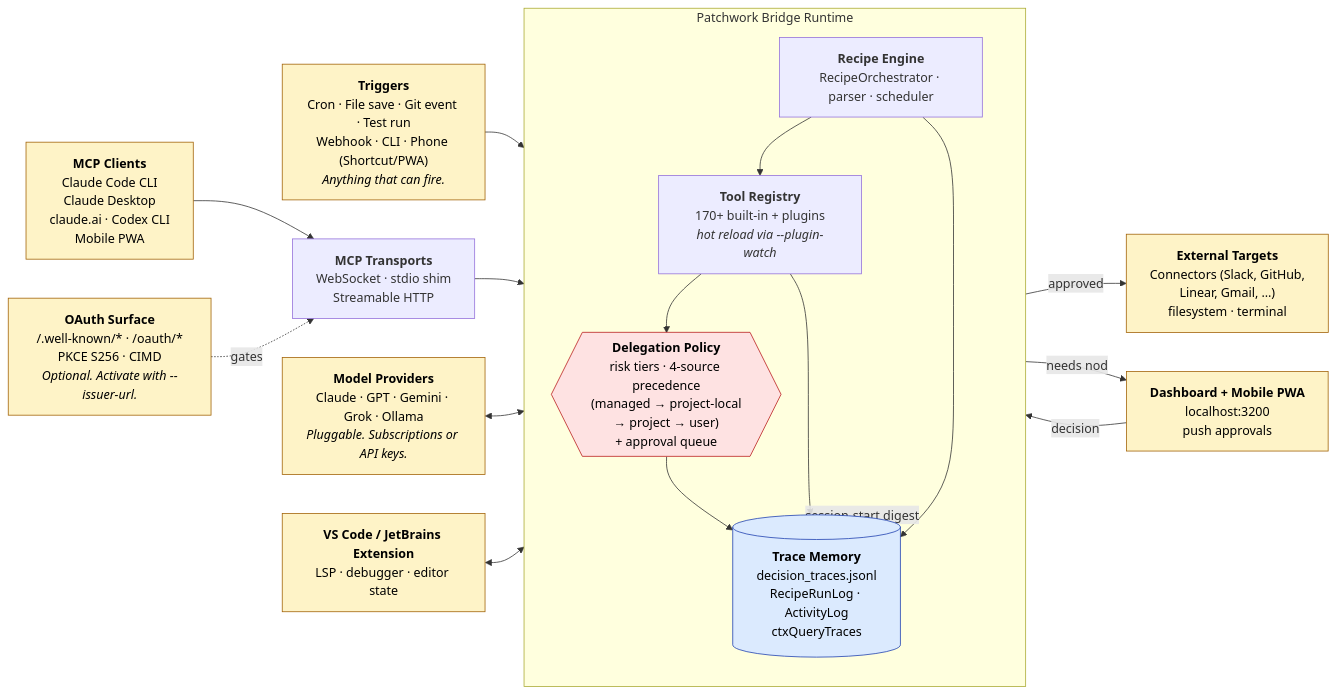
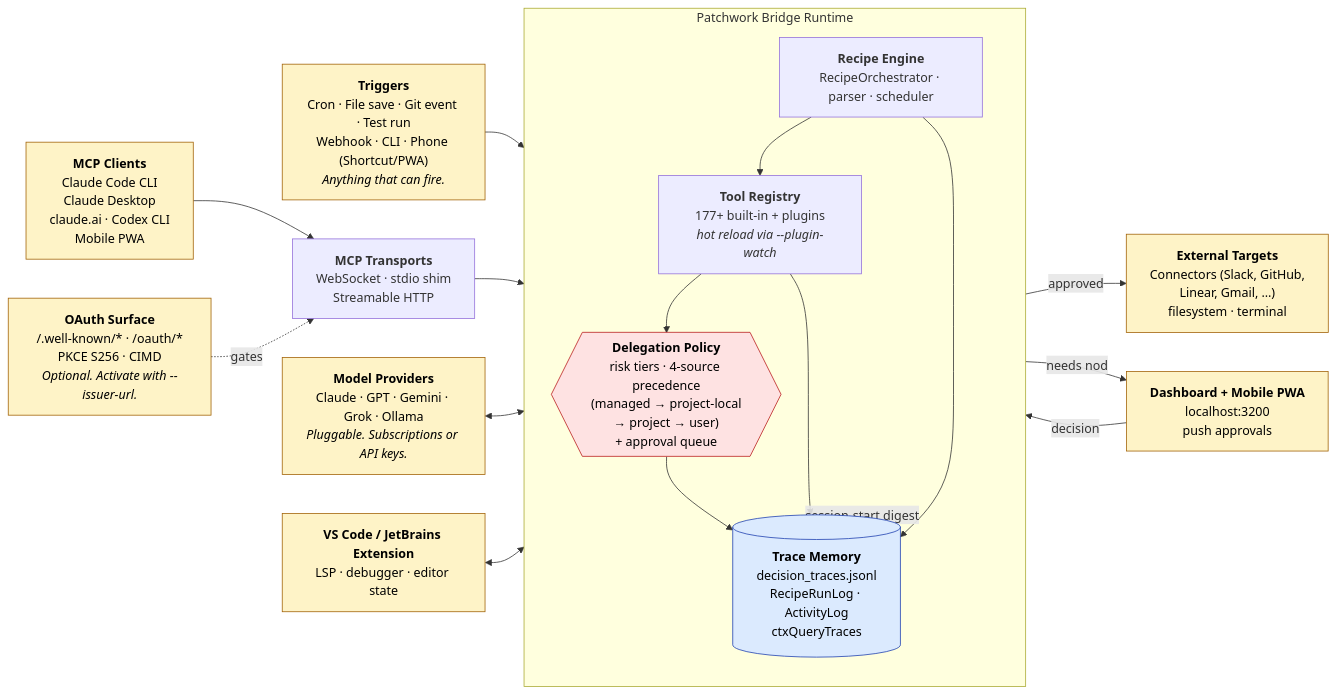
One commit to Oolab-labs/patchwork-os changed the first of 2 diagrams in documents/architecture.md. Above: the diagram before and after it, drawn with Mermaid. The commit also changed other lines of this file and 31 other files, not shown here.

````diff
--- a/documents/architecture.md
+++ b/documents/architecture.md
@@ -7,59 +7,59 @@
 ```mermaid
 flowchart LR
     %% External left side
     Models["<b>Model Providers</b><br/>Claude · GPT · Gemini · Grok · Ollama<br/><i>Pluggable. Subscriptions or API keys.</i>"]
     Triggers["<b>Triggers</b><br/>Cron · File save · Git event · Test run<br/>Webhook · CLI · Phone (Shortcut/PWA)<br/><i>Anything that can fire.</i>"]
     Extension["<b>VS Code / JetBrains Extension</b><br/>LSP · debugger · editor state"]
 
     %% MCP clients
     MCPClients["<b>MCP Clients</b><br/>Claude Code CLI<br/>Claude Desktop<br/>claude.ai · Codex CLI<br/>Mobile PWA"]
 
     %% Bridge runtime — the heart
     subgraph Bridge["Patchwork Bridge Runtime"]
         direction TB
-        ToolRegistry["<b>Tool Registry</b><br/>170+ built-in + plugins<br/><i>hot reload via --plugin-watch</i>"]
+        ToolRegistry["<b>Tool Registry</b><br/>177+ built-in + plugins<br/><i>hot reload via --plugin-watch</i>"]
         RecipeEngine["<b>Recipe Engine</b><br/>RecipeOrchestrator · parser · scheduler"]
         Policy{{"<b>Delegation Policy</b><br/>risk tiers · 4-source precedence<br/>(managed → project-local<br/>→ project → user)<br/>+ approval queue"}}
         Trace[("<b>Trace Memory</b><br/>decision_traces.jsonl<br/>RecipeRunLog · ActivityLog<br/>ctxQueryTraces")]
     end
 
     %% Right side
     Transports["<b>MCP Transports</b><br/>WebSocket · stdio shim<br/>Streamable HTTP"]
     OAuth["<b>OAuth Surface</b><br/>/.well-known/* · /oauth/*<br/>PKCE S256 · CIMD<br/><i>Optional. Activate with --issuer-url.</i>"]
     Dashboard["<b>Dashboard + Mobile PWA</b><br/>localhost:3200<br/>push approvals"]
     External["<b>External Targets</b><br/>Connectors (Slack, GitHub,<br/>Linear, Gmail, …)<br/>filesystem · terminal"]
 
     %% Inputs
     Triggers --> RecipeEngine
     MCPClients --> Transports
     Transports --> Bridge
     OAuth -. gates .-> Transports
 
     %% LLM round-trips
     Models <--> Bridge
 
     %% Tool dispatch — every outbound call passes through the policy gate
     RecipeEngine --> ToolRegistry
     ToolRegistry --> Policy
     Policy -- approved --> External
     Policy -- needs nod --> Dashboard
     Dashboard -- decision --> Policy
 
     %% Trace writes
     ToolRegistry --> Trace
     Policy --> Trace
     RecipeEngine --> Trace
 
     %% Trace reads
     Trace -. session-start digest .-> Bridge
 
     %% Extension
     Extension <--> Bridge
 
     classDef external fill:#fef3c7,stroke:#a16207,color:#000
     classDef gate fill:#fee2e2,stroke:#b91c1c,color:#000
     classDef store fill:#dbeafe,stroke:#1e40af,color:#000
     class Models,Triggers,MCPClients,Extension,External,Dashboard,OAuth external
     class Policy gate
     class Trace store
 ```
````
